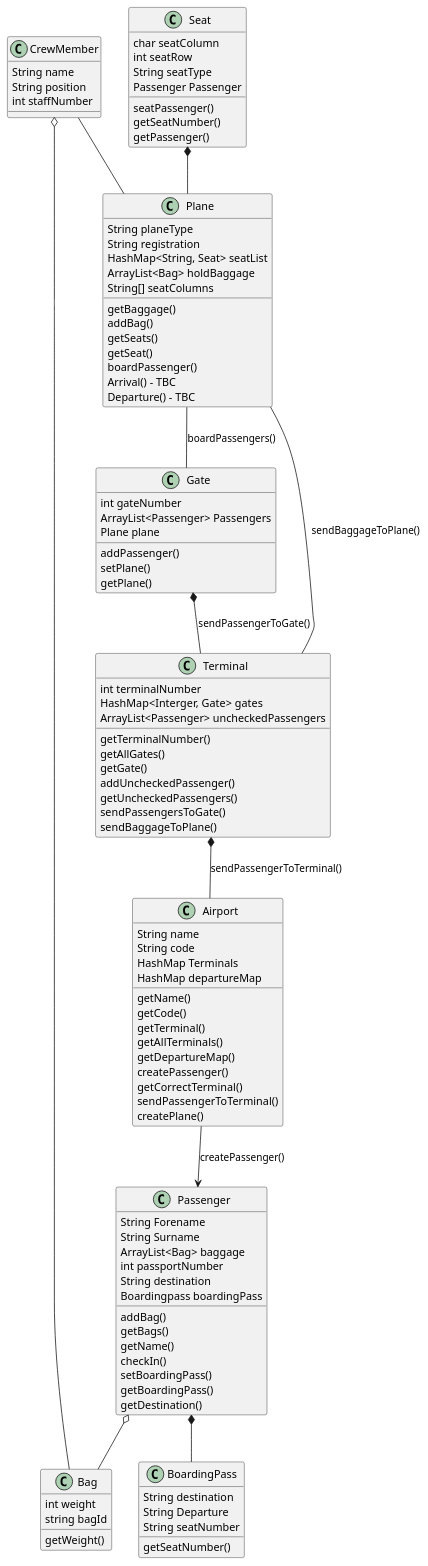
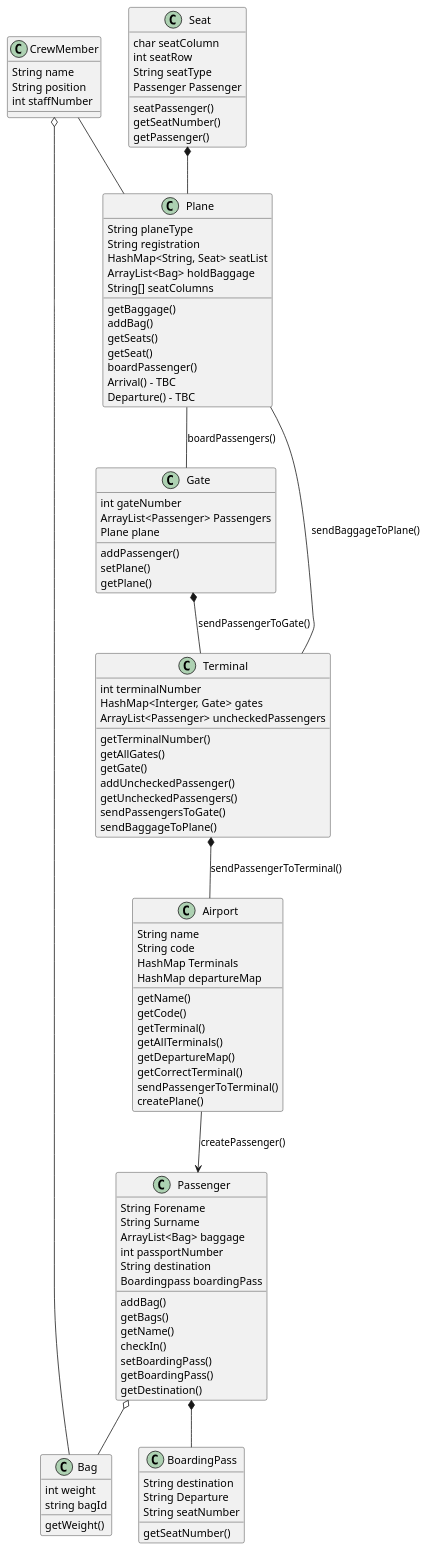
The diagram in airports.plantuml (gopherfender/java-airports), drawn with PlantUML before and after one commit. The commit also changed 8 other files, not shown here.

```diff
--- a/airports.plantuml
+++ b/airports.plantuml
@@ -1,110 +1,109 @@
 @startuml Airport
     class Airport {
         String name
         String code
         HashMap Terminals
         HashMap departureMap
         getName()
         getCode()
         getTerminal()
         getAllTerminals()
         getDepartureMap()
-        createPassenger()
         getCorrectTerminal()   
         sendPassengerToTerminal()
         createPlane()
         }
 
         class Terminal {
         int terminalNumber
         HashMap<Interger, Gate> gates
         ArrayList<Passenger> uncheckedPassengers
         getTerminalNumber()
         getAllGates()
         getGate()
         addUncheckedPassenger()
         getUncheckedPassengers()
         sendPassengersToGate()
         sendBaggageToPlane()
     }
         class Gate {
         int gateNumber
         ArrayList<Passenger> Passengers
         Plane plane
         addPassenger()
         setPlane()
         getPlane()
     }  
         class Plane {
         String planeType
         String registration
         HashMap<String, Seat> seatList 
         ArrayList<Bag> holdBaggage
         String[] seatColumns
         getBaggage()
         addBag()
         getSeats()
         getSeat()
         boardPassenger()
         Arrival() - TBC
         Departure() - TBC
     }
         class Seat {
         char seatColumn
         int seatRow
         String seatType
         Passenger Passenger
         seatPassenger()
         getSeatNumber()
         getPassenger()
     }
     class Passenger {
         String Forename
         String Surname
         ArrayList<Bag> baggage 
         int passportNumber
         String destination
         Boardingpass boardingPass
         addBag()
         getBags()
         getName()
         checkIn()
         setBoardingPass()
         getBoardingPass()
         getDestination()
     }
     class Bag {
         int weight
         string bagId
         getWeight()
     }
     class BoardingPass {
         String destination
         String Departure
         String seatNumber
         getSeatNumber()
     }
     class CrewMember {
         String name
         String position
         int staffNumber
     }
 
 
 
 
 
 
     Airport --> Passenger : createPassenger()
     Terminal *-- Airport : sendPassengerToTerminal()
     Gate *-- Terminal  : sendPassengerToGate()
     Passenger o-- Bag
     CrewMember o-- Bag
     Seat *-- Plane
     CrewMember -- Plane
     Plane -- Terminal : sendBaggageToPlane()
     Plane -- Gate : boardPassengers()
     Passenger *-- BoardingPass
 
 
     @enduml
```
